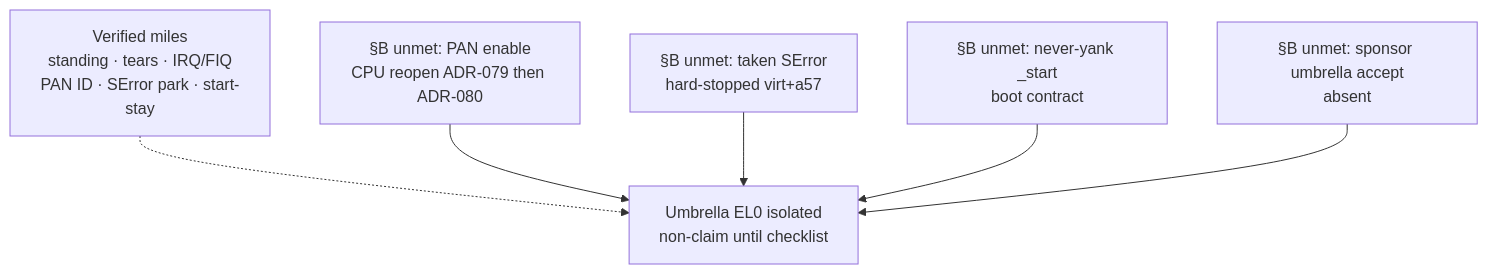
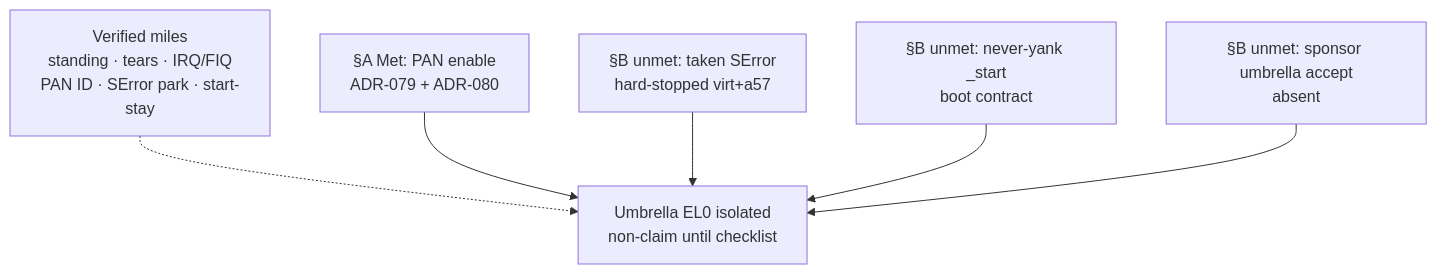
Before and after one commit to artofdream/ctos: the diagram in docs/03-adr/ADR-060-isolation-leftovers-closure-checklist.md, drawn with Mermaid. The commit also changed other lines of this file and 17 other files, not shown here.

First line of the commit message:
feat: ADR-080 PAN enable + EL1-vs-EL0 access fault (mile 2)

````diff
--- a/docs/03-adr/ADR-060-isolation-leftovers-closure-checklist.md
+++ b/docs/03-adr/ADR-060-isolation-leftovers-closure-checklist.md
@@ -37,14 +37,14 @@
 ```mermaid
 flowchart TD
   V["Verified miles<br/>standing · tears · IRQ/FIQ<br/>PAN ID · SError park · start-stay"]
-  B1["§B unmet: PAN enable<br/>CPU reopen ADR-079 then ADR-080"]
+  B1["§A Met: PAN enable<br/>ADR-079 + ADR-080"]
   B2["§B unmet: taken SError<br/>hard-stopped virt+a57"]
   B3["§B unmet: never-yank _start<br/>boot contract"]
   B4["§B unmet: sponsor umbrella accept<br/>absent"]
   U["Umbrella EL0 isolated<br/>non-claim until checklist"]
   V -.-> U
   B1 --> U
   B2 --> U
   B3 --> U
   B4 --> U
 ```
````
